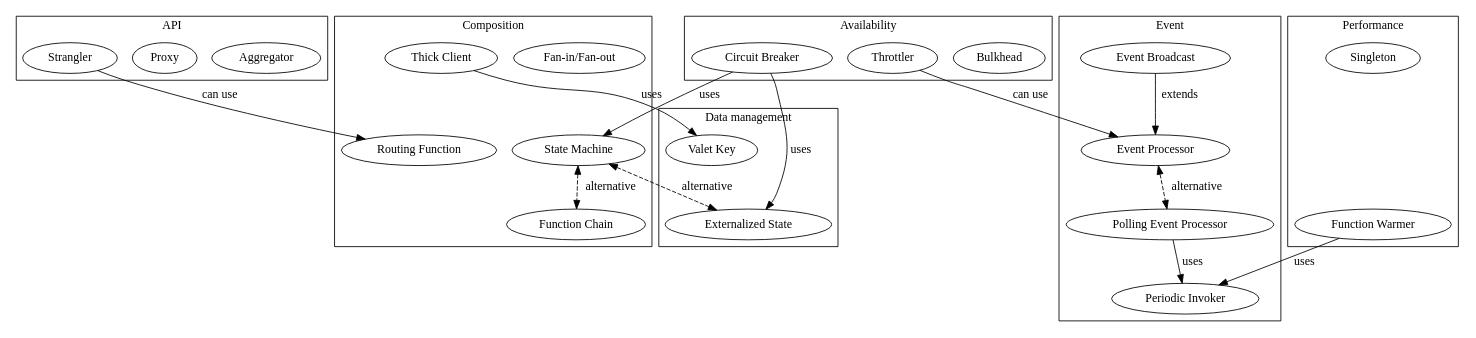
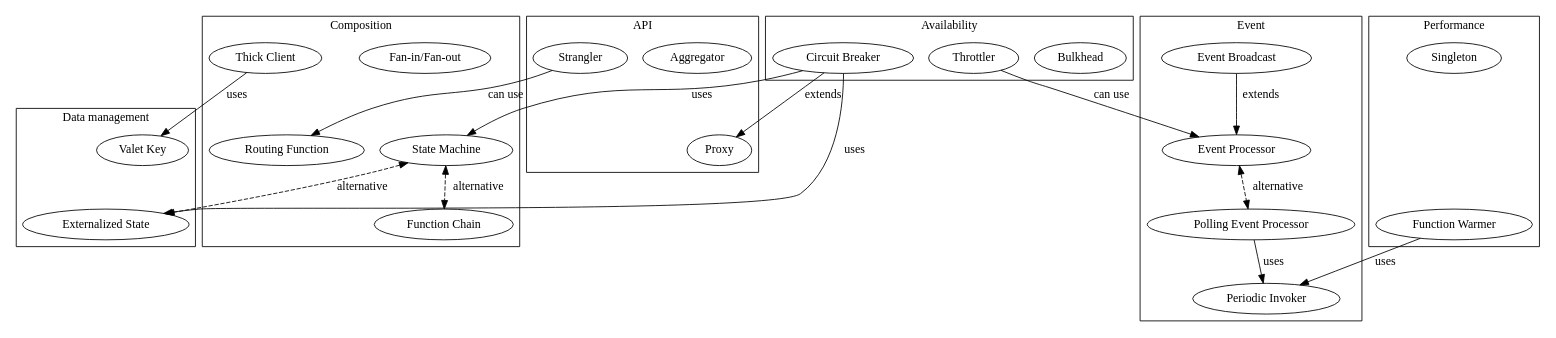
One commit to epiphone/gradu changed the diagram in src/graph.dot. Above: the diagram before and after it, drawn with Graphviz. The commit also changed 2 other files, not shown here.

Commit message:
Finish Circuit Breaker

```diff
--- a/src/graph.dot
+++ b/src/graph.dot
@@ -1,57 +1,58 @@
 digraph g{
   newrank="true"
 
   subgraph cluster_composition {
     label="Composition"
     "Routing Function";
     "Function Chain";
     "Fan-in/Fan-out";
     "State Machine";
     "Thick Client";
   }
   "Thick Client" -> "Valet Key" [label="uses"];
   "State Machine" -> "Externalized State" [label="alternative",style=dashed dir=both];
   "State Machine" -> "Function Chain" [label="alternative",style=dashed dir=both];
 
   subgraph cluster_event {
     label="Event"
     "Event Processor";
     "Periodic Invoker";
     "Polling Event Processor";
     "Event Broadcast";
   }
   "Polling Event Processor" -> "Periodic Invoker" [label="uses"];
   "Event Broadcast" -> "Event Processor" [label="extends"];
   "Event Processor" -> "Polling Event Processor" [label="alternative",style=dashed dir=both];
 
   subgraph cluster_api {
     label="API"
     "Aggregator";
     "Proxy";
     "Strangler";
   }
   "Strangler" -> "Routing Function" [label="can use"];
 
   subgraph cluster_data {
     label="Data management"
     "Externalized State";
     "Valet Key";
   }
 
   subgraph cluster_performance {
     label="Performance"
     "Function Warmer";
     "Singleton";
   }
   "Function Warmer" -> "Periodic Invoker" [label="uses"];
 
   subgraph cluster_availability {
     label="Availability"
     "Bulkhead";
     "Throttler";
     "Circuit Breaker";
   }
   "Throttler" -> "Event Processor" [label="can use"];
   "Circuit Breaker" -> "State Machine" [label="uses"];
   "Circuit Breaker" -> "Externalized State" [label="uses"];
+  "Circuit Breaker" -> "Proxy" [label="extends"];
 }
```
